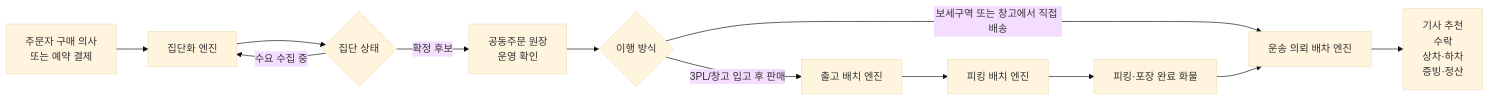
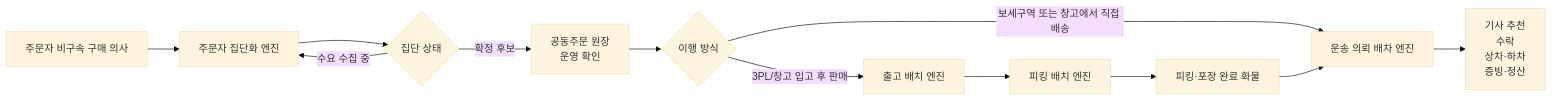
One commit to cheolwo/hongdal changed the second of 5 diagrams in docs/Architecture/EngineOverview.md. Above: the diagram before and after it, drawn with Mermaid (base theme). The commit also changed other lines of this file and 114 other files, not shown here.

````diff
--- a/docs/Architecture/EngineOverview.md
+++ b/docs/Architecture/EngineOverview.md
@@ -102,14 +103,14 @@
 ```mermaid
 flowchart LR
-    A["주문자 구매 의사<br/>또는 예약 결제"] --> B["집단화 엔진"]
+    A["주문자 비구속 구매 의사"] --> B["주문자 집단화 엔진"]
     B --> C{"집단 상태"}
     C -->|수요 수집 중| B
     C -->|확정 후보| D["공동주문 원장<br/>운영 확인"]
     D --> E{"이행 방식"}
     E -->|3PL/창고 입고 후 판매| F["출고 배치 엔진"]
     E -->|보세구역 또는 창고에서 직접 배송| G["운송 의뢰 배차 엔진"]
     F --> H["피킹 배치 엔진"]
     H --> I["피킹·포장 완료 화물"]
     I --> G
     G --> J["기사 추천<br/>수락<br/>상차·하차<br/>증빙·정산"]
 ```
````
